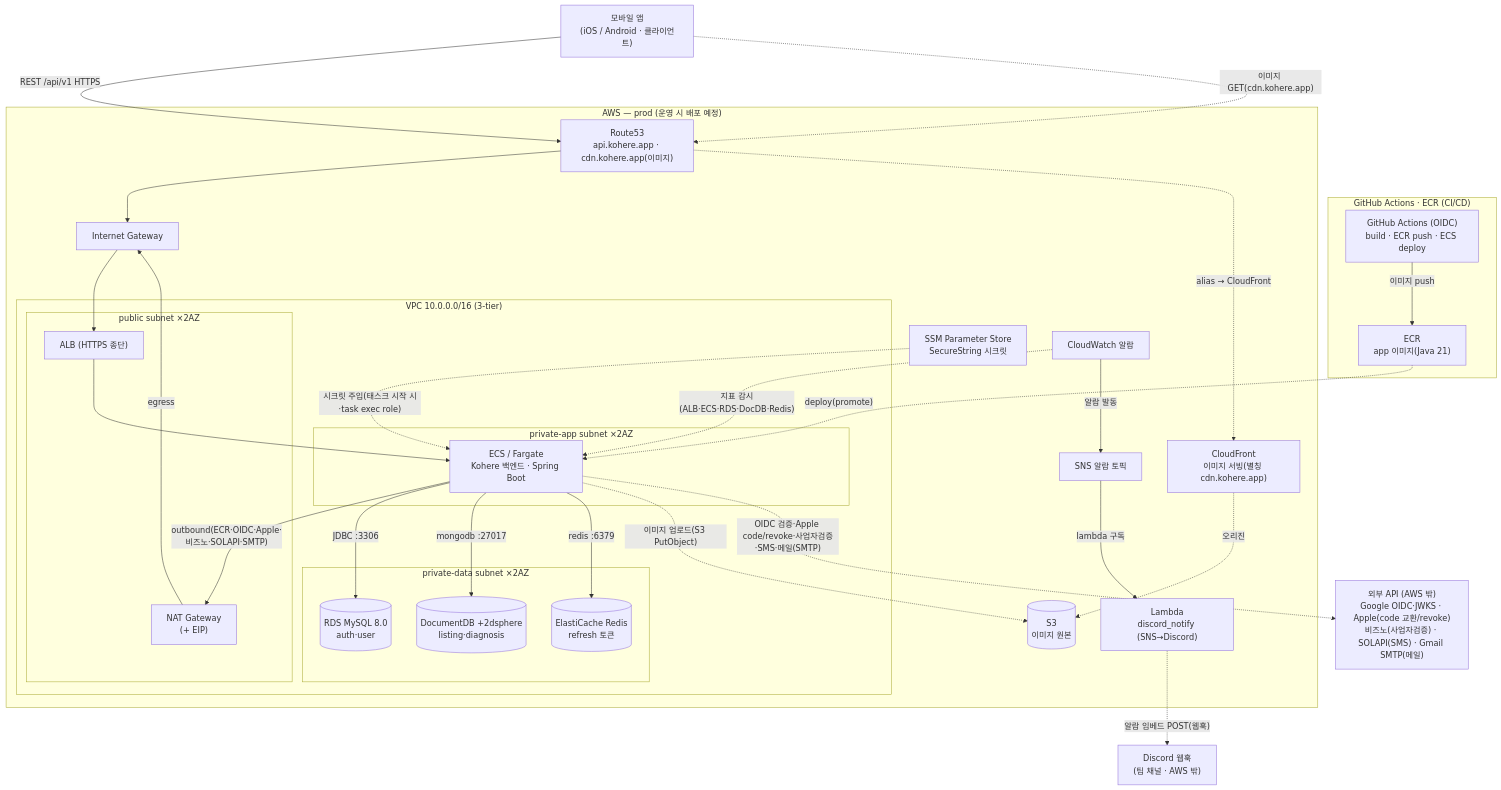
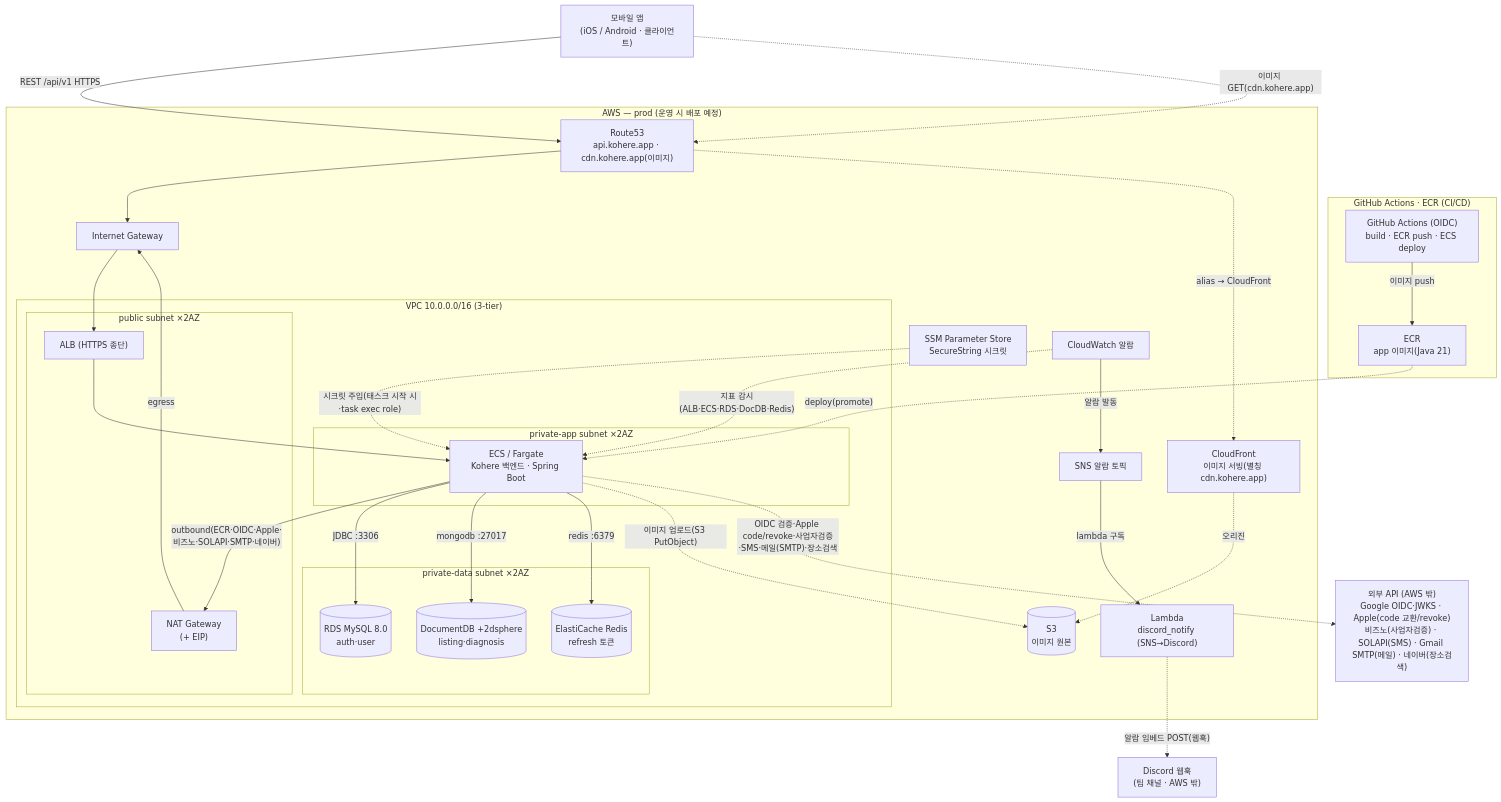
The fourth of 5 diagrams in docs/architecture/system-overview.md (jameskim9509/Kohere-backend), drawn with Mermaid before and after one commit. The commit also changed other lines of this file and 5 other files, not shown here.

First line of the commit message:
docs(architecture): 네이버 지역 검색 연동 아키텍처 문서 정합화

````diff
--- a/docs/architecture/system-overview.md
+++ b/docs/architecture/system-overview.md
@@ -195,58 +197,58 @@
 ```mermaid
 flowchart TB
     APP["모바일 앱<br/>(iOS / Android · 클라이언트)"]
-    EXT["외부 API (AWS 밖)<br/>Google OIDC·JWKS · Apple(code 교환/revoke)<br/>비즈노(사업자검증) · SOLAPI(SMS) · Gmail SMTP(메일)"]
+    EXT["외부 API (AWS 밖)<br/>Google OIDC·JWKS · Apple(code 교환/revoke)<br/>비즈노(사업자검증) · SOLAPI(SMS) · Gmail SMTP(메일) · 네이버(장소검색)"]
     DISCORD["Discord 웹훅<br/>(팀 채널 · AWS 밖)"]
 
     subgraph CICD["GitHub Actions · ECR (CI/CD)"]
       GHA["GitHub Actions (OIDC)<br/>build · ECR push · ECS deploy"]
       ECR["ECR<br/>app 이미지(Java 21)"]
     end
 
     subgraph AWS["AWS — prod (운영 시 배포 예정)"]
       R53["Route53<br/>api.kohere.app · cdn.kohere.app(이미지)"]
       CF["CloudFront<br/>이미지 서빙(별칭 cdn.kohere.app)"]
       S3IMG[("S3<br/>이미지 원본")]
       SSM["SSM Parameter Store<br/>SecureString 시크릿"]
       CW["CloudWatch 알람"]
       SNS["SNS 알람 토픽"]
       LMBD["Lambda<br/>discord_notify (SNS→Discord)"]
       IGW["Internet Gateway"]
       subgraph VPC["VPC 10.0.0.0/16 (3-tier)"]
         subgraph PUB["public subnet ×2AZ"]
           ALB["ALB (HTTPS 종단)"]
           NAT["NAT Gateway<br/>(+ EIP)"]
         end
         subgraph APPNET["private-app subnet ×2AZ"]
           FARGATE["ECS / Fargate<br/>Kohere 백엔드 · Spring Boot"]
         end
         subgraph DATANET["private-data subnet ×2AZ"]
           RDS[("RDS MySQL 8.0<br/>auth·user")]
           MONGO[("DocumentDB +2dsphere<br/>listing·diagnosis")]
           ELASTI[("ElastiCache Redis<br/>refresh 토큰")]
         end
       end
     end
 
     GHA -- "이미지 push" --> ECR
     ECR -. "deploy(promote)" .-> FARGATE
     APP -- "REST /api/v1 HTTPS" --> R53
     R53 --> IGW
     IGW --> ALB
     ALB --> FARGATE
-    FARGATE -- "outbound(ECR·OIDC·Apple·비즈노·SOLAPI·SMTP)" --> NAT
+    FARGATE -- "outbound(ECR·OIDC·Apple·비즈노·SOLAPI·SMTP·네이버)" --> NAT
     NAT -- "egress" --> IGW
     SSM -. "시크릿 주입(태스크 시작 시·task exec role)" .-> FARGATE
     FARGATE -- "JDBC :3306" --> RDS
     FARGATE -- "mongodb :27017" --> MONGO
     FARGATE -- "redis :6379" --> ELASTI
     FARGATE -. "이미지 업로드(S3 PutObject)" .-> S3IMG
     CF -. "오리진" .-> S3IMG
     APP -. "이미지 GET(cdn.kohere.app)" .-> R53
     R53 -. "alias → CloudFront" .-> CF
-    FARGATE -. "OIDC 검증·Apple code/revoke·사업자검증·SMS·메일(SMTP)" .-> EXT
+    FARGATE -. "OIDC 검증·Apple code/revoke·사업자검증·SMS·메일(SMTP)·장소검색" .-> EXT
     CW -. "지표 감시(ALB·ECS·RDS·DocDB·Redis)" .-> FARGATE
     CW -- "알람 발동" --> SNS
     SNS -- "lambda 구독" --> LMBD
     LMBD -. "알람 임베드 POST(웹훅)" .-> DISCORD
 ```
````
